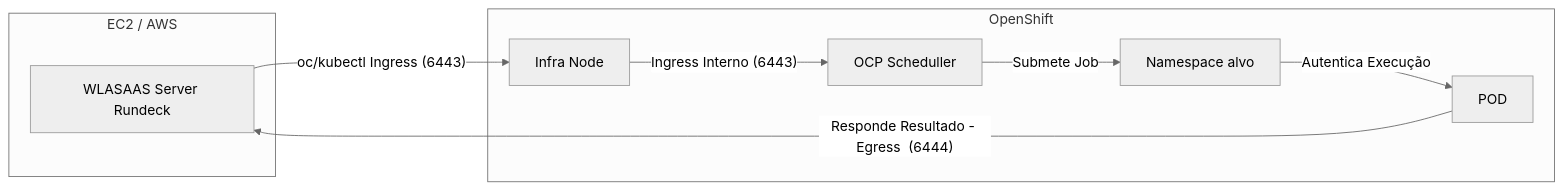
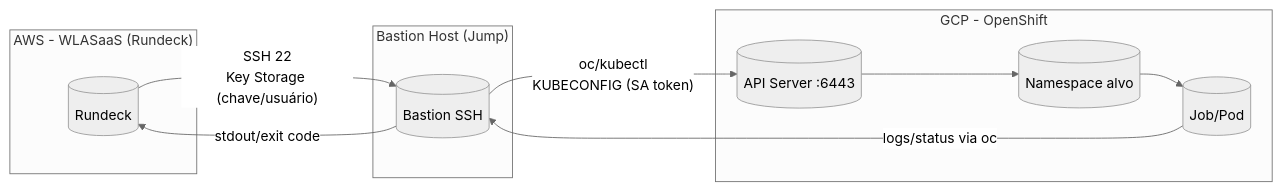
One commit to mbenedicto99/CTM_OCP changed the first of 3 diagrams in README.md. Above: the diagram before and after it, drawn with Mermaid (neutral theme). The commit also changed other lines of this file and 5 other files, not shown here.

Commit message:
WLASaaS->OCP 20250912-121331

````diff
--- a/README.md
+++ b/README.md
@@ -127,20 +7,23 @@
 ```mermaid
 flowchart LR
-  subgraph AWS["EC2 / AWS"]
-    CM["WLASAAS Server Rundeck"]
+  subgraph AWS["AWS - WLASaaS (Rundeck)"]
+    RD[(Rundeck)]
   end
 
-  subgraph OCP["OpenShift"]
-    IN["Infra Node"]
-    API["OCP Scheduller"]
-    NS["Namespace alvo"]
-    AG["POD"]
+  subgraph DMZ["Bastion Host (Jump)"]
+    BAS[(Bastion SSH)]
   end
 
-  CM -- "oc/kubectl Ingress (6443)" --> IN
-  IN -- "Ingress Interno (6443)" --> API
-  API -- "Submete Job" --> NS
+  subgraph GCP["GCP - OpenShift"]
+    APIS[(API Server :6443)]
+    NS[(Namespace alvo)]
+    JOB[(Job/Pod)]
+  end
 
-  NS -- "Autentica Execução" --> AG
-  AG -- "Responde Resultado - Egress  (6444)" --> CM
+  RD -- "SSH 22\nKey Storage (chave/usuário)" --> BAS
+  BAS -- "oc/kubectl\nKUBECONFIG (SA token)" --> APIS
+  APIS --> NS
+  NS --> JOB
+  JOB -- "logs/status via oc" --> BAS
+  BAS -- "stdout/exit code" --> RD
 ```
````
